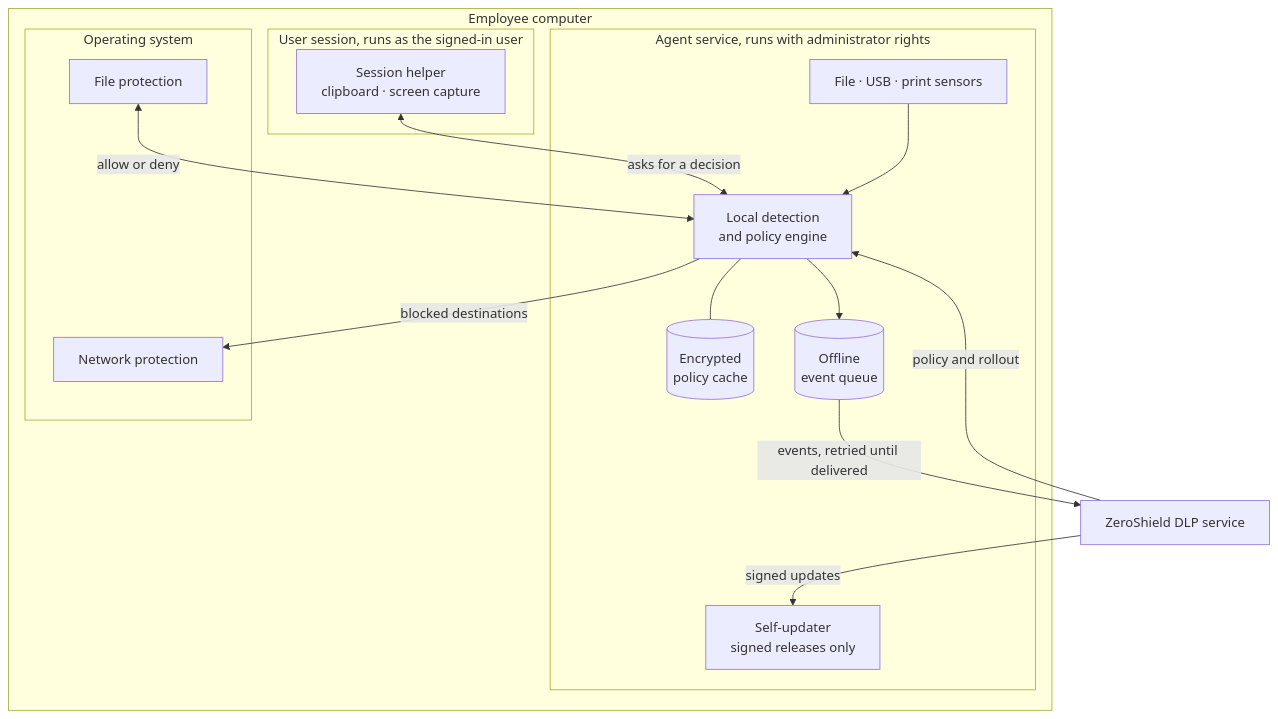
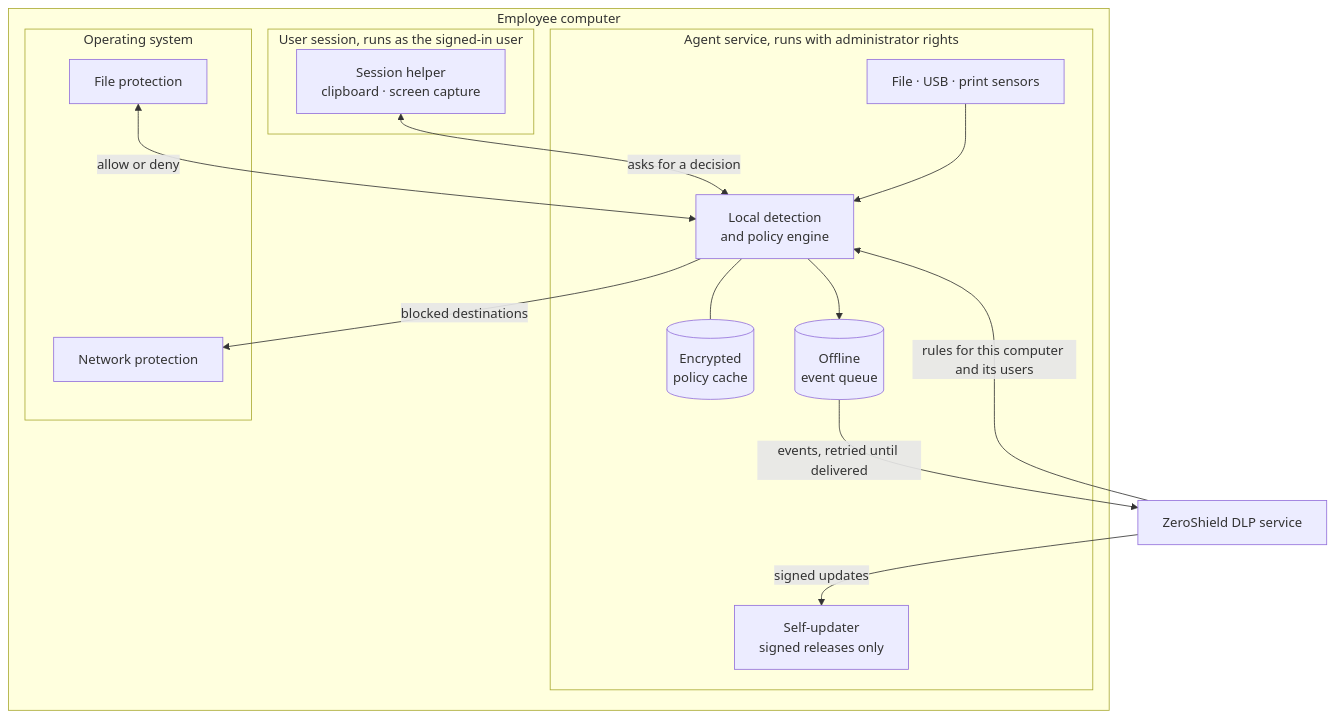
The third of 8 diagrams in README.md (nikit-cyberultron/ZeroShield-DLP-Public), drawn with Mermaid before and after one commit. The commit also changed other lines of this file and 1 other file, not shown here.

````diff
--- a/README.md
+++ b/README.md
@@ -149,30 +160,30 @@
 ```mermaid
 flowchart TB
     subgraph Device["Employee computer"]
         subgraph UserSession["User session, runs as the signed-in user"]
             Helper["Session helper<br/>clipboard · screen capture"]
         end
         subgraph Service["Agent service, runs with administrator rights"]
             Core["Local detection<br/>and policy engine"]
             Sensors["File · USB · print sensors"]
             Cache[("Encrypted<br/>policy cache")]
             Outbox[("Offline<br/>event queue")]
             Updater["Self-updater<br/>signed releases only"]
         end
         subgraph OSLayer["Operating system"]
             KFile["File protection"]
             KNet["Network protection"]
         end
     end
     Backend["ZeroShield DLP service"]
 
     Helper <-->|"asks for a decision"| Core
     Sensors --> Core
     KFile <-->|"allow or deny"| Core
     Core -->|"blocked destinations"| KNet
     Core --- Cache
     Core --> Outbox
     Outbox -->|"events, retried until delivered"| Backend
-    Backend -->|"policy and rollout"| Core
+    Backend -->|"rules for this computer and its users"| Core
     Backend -->|"signed updates"| Updater
 ```
````
